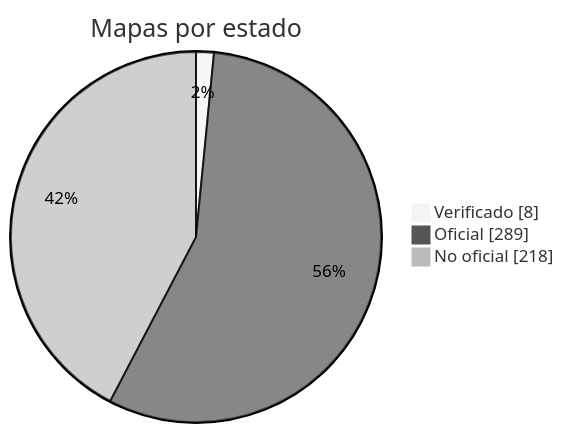
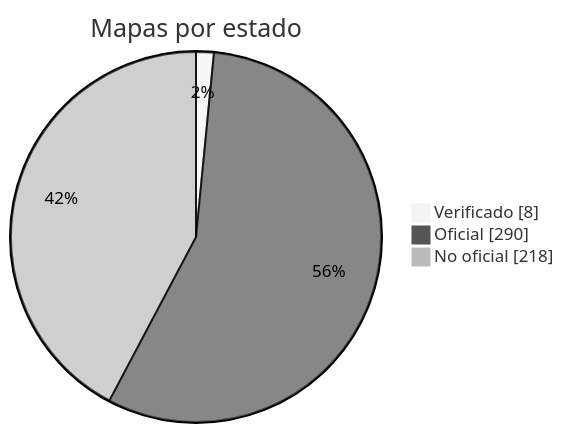
One commit to nobrega8/mbmap-library changed the diagram in docs/readme/README_ES.md. Above: the diagram before and after it, drawn with Mermaid (neutral theme). The commit also changed 5 other files, not shown here.

````diff
--- a/docs/readme/README_ES.md
+++ b/docs/readme/README_ES.md
@@ -54,7 +54,7 @@
 ```mermaid
 pie showData
     title Mapas por estado
     "Verificado" : 8
-    "Oficial" : 289
+    "Oficial" : 290
     "No oficial" : 218
 ```
````
